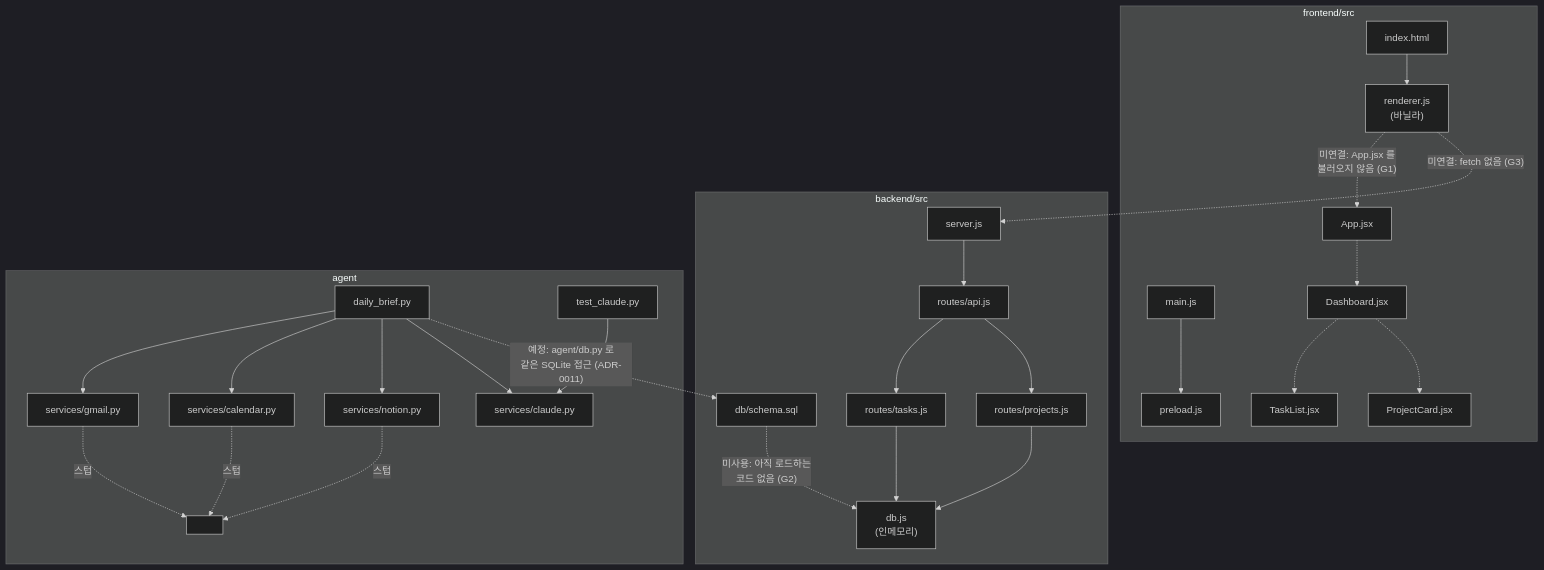
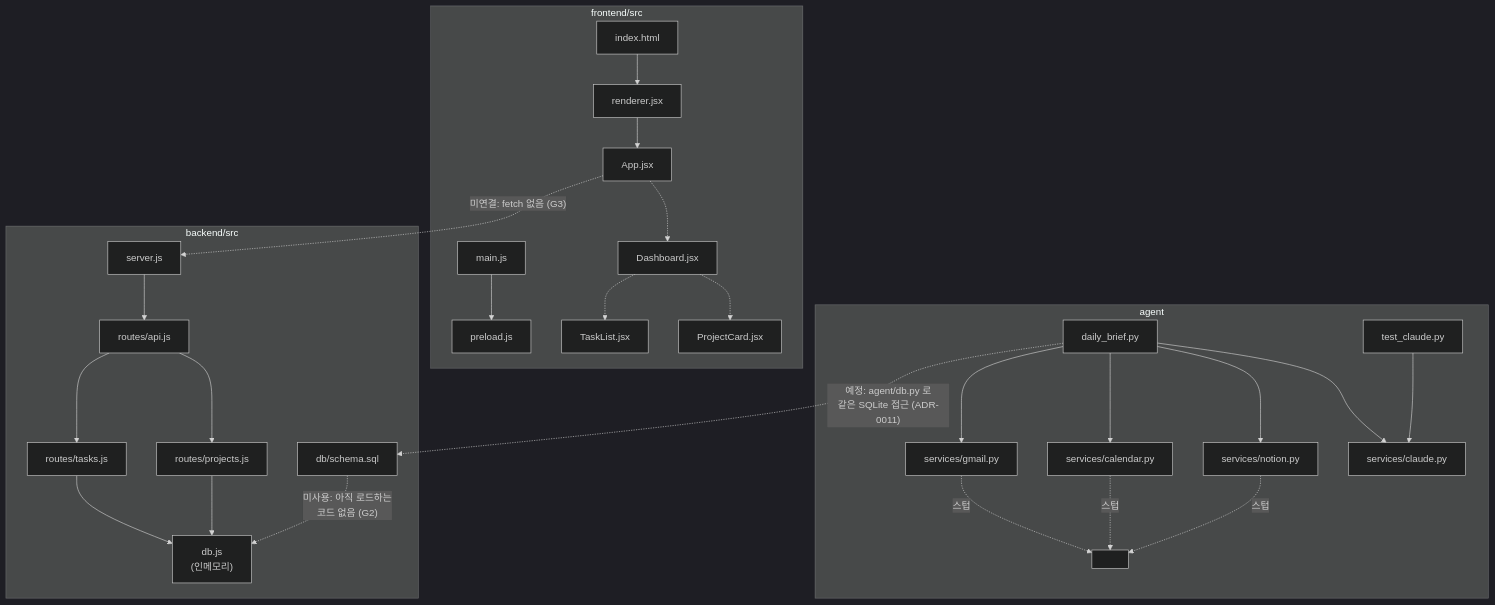
The diagram in docs/product/AS_IS.md (gamercross/my-setup-proj), drawn with Mermaid (dark theme) before and after one commit. The commit also changed other lines of this file and 18 other files, not shown here.

````diff
--- a/docs/product/AS_IS.md
+++ b/docs/product/AS_IS.md
@@ -93,34 +93,34 @@
 ```mermaid
 flowchart TB
   subgraph FE["frontend/src"]
     MAIN["main.js"] --> PRE["preload.js"]
-    IDX["index.html"] --> RJS["renderer.js<br/>(바닐라)"]
-    APP["App.jsx"] -.-> DASH["Dashboard.jsx"]
+    IDX["index.html"] --> RJX["renderer.jsx"]
+    RJX --> APP["App.jsx"]
+    APP -.-> DASH["Dashboard.jsx"]
     DASH -.-> TL["TaskList.jsx"]
     DASH -.-> PC["ProjectCard.jsx"]
-    RJS -. "미연결: App.jsx 를<br/>불러오지 않음 (G1)" .-> APP
   end
 
   subgraph BE["backend/src"]
     SRV["server.js"] --> AR["routes/api.js"]
     AR --> TR["routes/tasks.js"]
     AR --> PR["routes/projects.js"]
     TR --> DBJS["db.js<br/>(인메모리)"]
     PR --> DBJS
     SCHEMA["db/schema.sql"] -. "미사용: 아직 로드하는<br/>코드 없음 (G2)" .-> DBJS
   end
 
   subgraph AGT["agent"]
     DBF["daily_brief.py"] --> SGM["services/gmail.py"]
     DBF --> SCA["services/calendar.py"]
     DBF --> SNO["services/notion.py"]
     DBF --> SCL["services/claude.py"]
     TCL["test_claude.py"] --> SCL
     SGM -. "스텁" .-> X1[" "]
     SCA -. "스텁" .-> X1
     SNO -. "스텁" .-> X1
   end
 
-  RJS -. "미연결: fetch 없음 (G3)" .-> SRV
+  APP -. "미연결: fetch 없음 (G3)" .-> SRV
   DBF -. "예정: agent/db.py 로<br/>같은 SQLite 접근 (ADR-0011)" .-> SCHEMA
 ```
````
